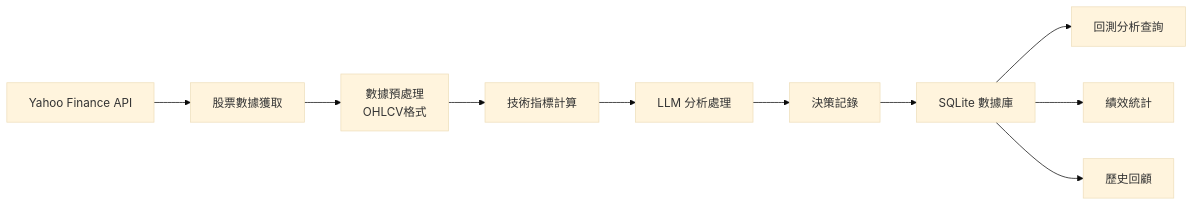
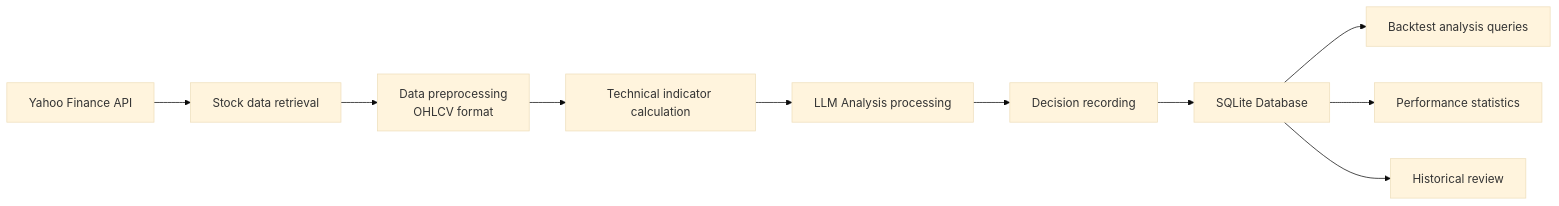
The fifth of 6 diagrams in design.md (TomeyGeneralCompany/llm-stock-trader-of-awesomeness), drawn with Mermaid (base theme) before and after one commit. The commit also changed other lines of this file and 28 other files, not shown here.

````diff
--- a/design.md
+++ b/design.md
@@ -118,13 +118,13 @@
 ```mermaid
 flowchart LR
-    A[Yahoo Finance API] --> B[股票數據獲取]
-    B --> C[數據預處理<br/>OHLCV格式]
-    C --> D[技術指標計算]
-    D --> E[LLM 分析處理]
-    E --> F[決策記錄]
-    F --> G[SQLite 數據庫]
+    A[Yahoo Finance API] --> B[Stock data retrieval]
+    B --> C[Data preprocessing<br/>OHLCV format]
+    C --> D[Technical indicator calculation]
+    D --> E[LLM Analysis processing]
+    E --> F[Decision recording]
+    F --> G[SQLite Database]
     
-    G --> H[回測分析查詢]
-    G --> I[績效統計]
-    G --> J[歷史回顧]
+    G --> H[Backtest analysis queries]
+    G --> I[Performance statistics]
+    G --> J[Historical review]
 ```
````
